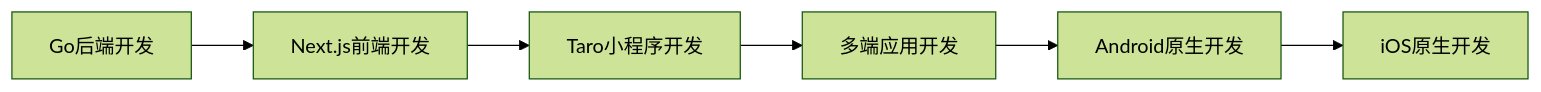
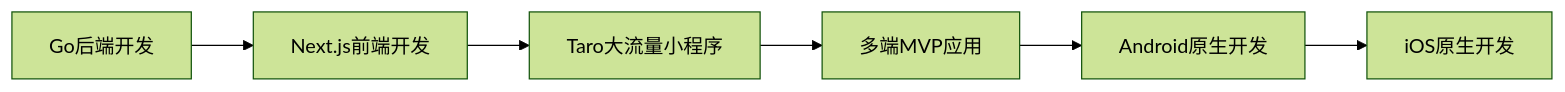
The first of 2 diagrams in README.md (x-rush/dev-quest), drawn with Mermaid (forest theme) before and after one commit. The commit also changed other lines of this file and 2 other files, not shown here.

````diff
--- a/README.md
+++ b/README.md
@@ -35,8 +35,8 @@
 ```mermaid
 graph LR
     A[Go后端开发] --> B[Next.js前端开发]
-    B --> C[Taro小程序开发]
-    C --> D[多端应用开发]
+    B --> C[Taro大流量小程序]
+    C --> D[多端MVP应用]
     D --> E[Android原生开发]
     E --> F[iOS原生开发]
 ```
````
